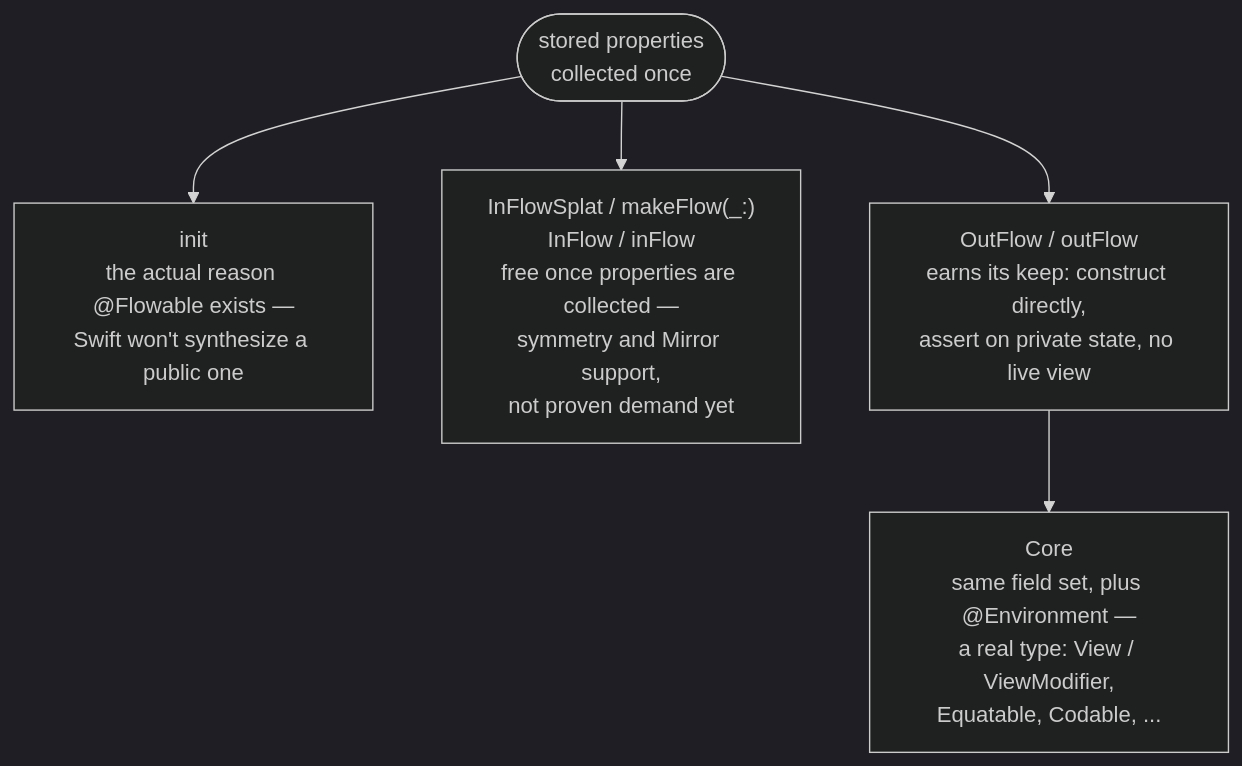
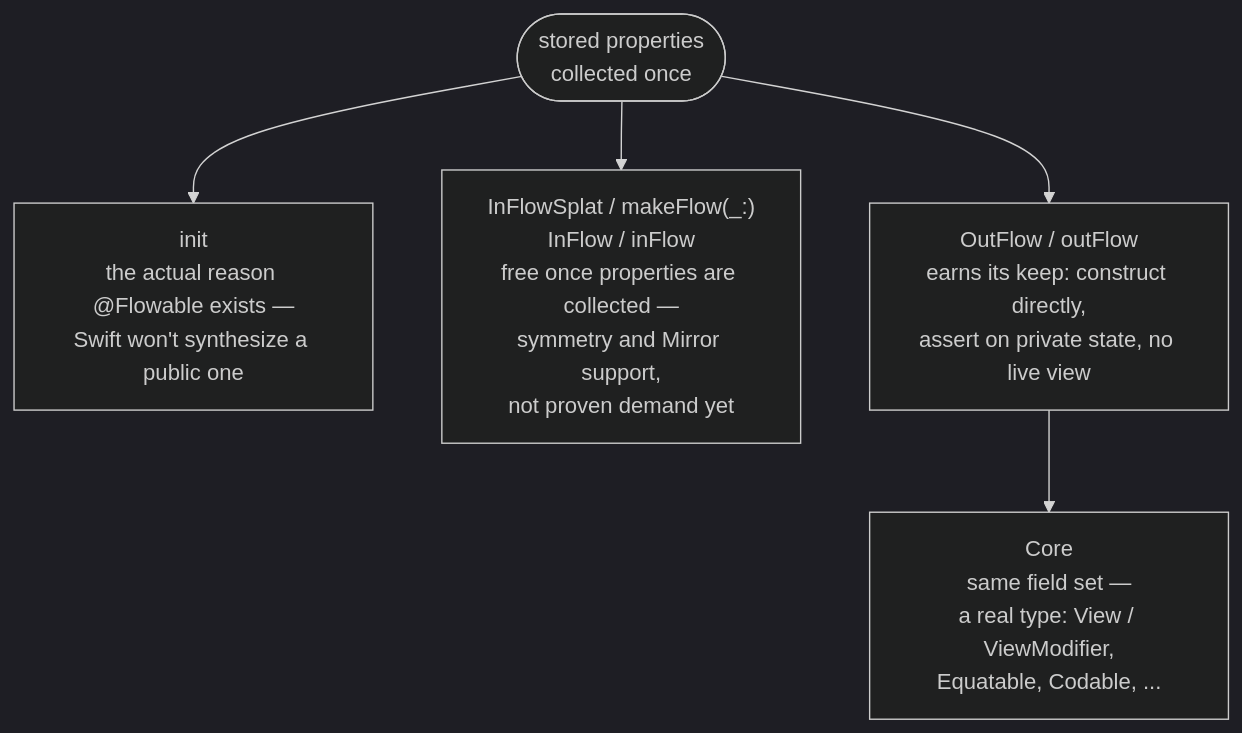
Before and after one commit to sisoje/swift-core-flow: the third of 3 diagrams in README.md, drawn with Mermaid (dark theme). The commit also changed other lines of this file and 13 other files, not shown here.

````diff
--- a/README.md
+++ b/README.md
@@ -746,8 +683,8 @@
 ```mermaid
 flowchart TD
     props(["stored properties<br/>collected once"])
     props --> init["init<br/>the actual reason @Flowable exists —<br/>Swift won't synthesize a public one"]
     props --> flow["InFlowSplat / makeFlow(_:)<br/>InFlow / inFlow<br/>free once properties are collected —<br/>symmetry and Mirror support,<br/>not proven demand yet"]
     props --> out["OutFlow / outFlow<br/>earns its keep: construct directly,<br/>assert on private state, no live view"]
-    out --> node["Core<br/>same field set, plus @Environment —<br/>a real type: View / ViewModifier,<br/>Equatable, Codable, ..."]
+    out --> node["Core<br/>same field set —<br/>a real type: View / ViewModifier,<br/>Equatable, Codable, ..."]
 ```
````
